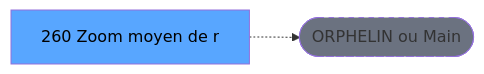
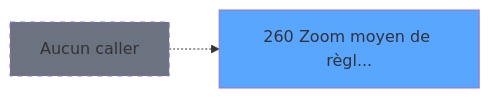
The second of 3 diagrams in .openspec/specs/ADH-IDE-260.md (thonyAGP/magic-migration), drawn with Mermaid before and after one commit. The commit also changed other lines of this file and 493 other files, not shown here.

````diff
--- a/.openspec/specs/ADH-IDE-260.md
+++ b/.openspec/specs/ADH-IDE-260.md
@@ -121,8 +180,8 @@
 ```mermaid
 graph LR
-    T[260 Zoom moyen de r]
-    ORPHAN([ORPHELIN ou Main])
-    T -.-> ORPHAN
-    style T fill:#58a6ff,color:#000
-    style ORPHAN fill:#6b7280,stroke-dasharray: 5 5
+    T260[260 Zoom moyen de règl...]
+    style T260 fill:#58a6ff
+    NONE[Aucun caller]
+    NONE -.-> T260
+    style NONE fill:#6b7280,stroke-dasharray: 5 5
 ```
````
